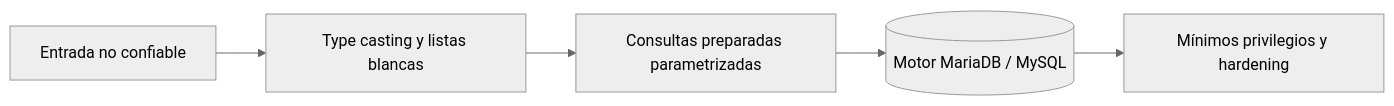
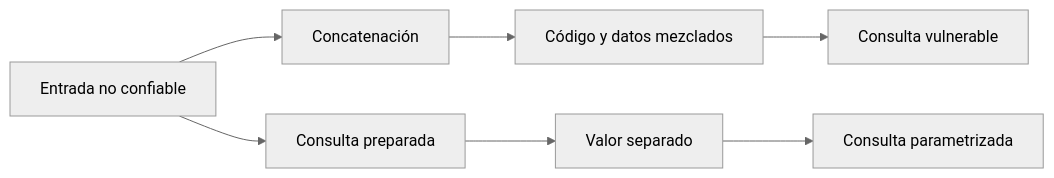
Before and after one commit to purpesec/Cybersecurity-For-Beginners: the diagram in pentesting-web/02-sql-injection/08-defensa-y-mitigaciones/README.md, drawn with Mermaid (neutral theme). The commit also changed other lines of this file and 8 other files, not shown here.

````diff
--- a/pentesting-web/02-sql-injection/08-defensa-y-mitigaciones/README.md
+++ b/pentesting-web/02-sql-injection/08-defensa-y-mitigaciones/README.md
@@ -14,7 +12,9 @@
 ```mermaid
 flowchart LR
-    E[Entrada no confiable] --> T[Type casting y listas blancas]
-    T --> P[Consultas preparadas parametrizadas]
-    P --> DB[(Motor MariaDB / MySQL)]
-    DB --> M[Mínimos privilegios y hardening]
+    A[Entrada no confiable] --> B[Concatenación]
+    B --> C[Código y datos mezclados]
+    C --> D[Consulta vulnerable]
+    A --> E[Consulta preparada]
+    E --> F[Valor separado]
+    F --> G[Consulta parametrizada]
 ```
````
